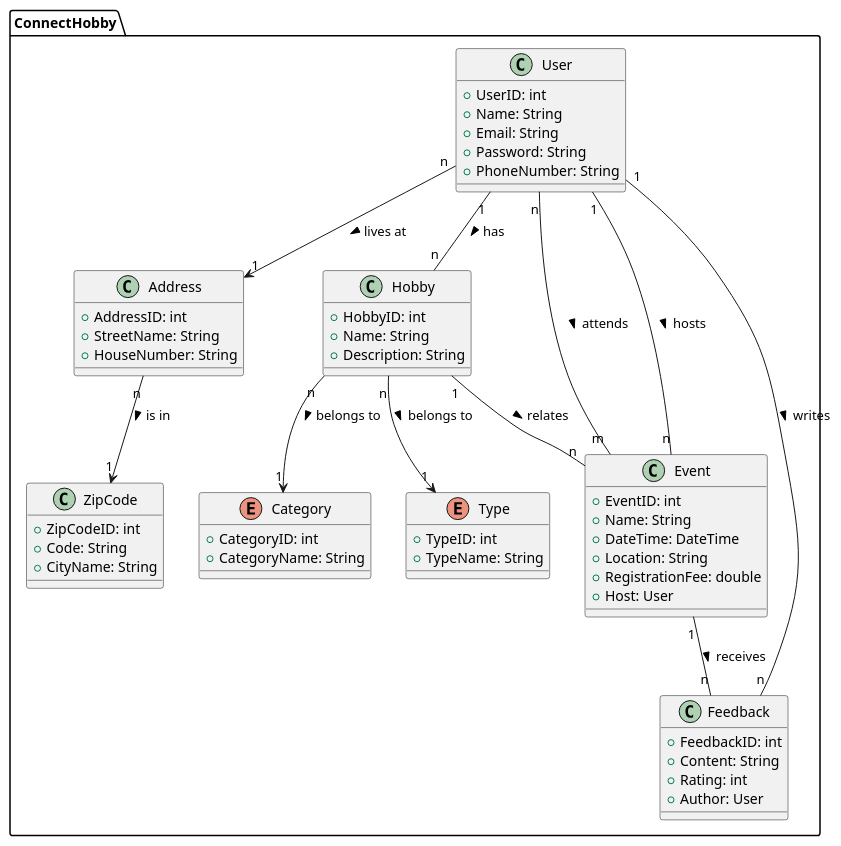
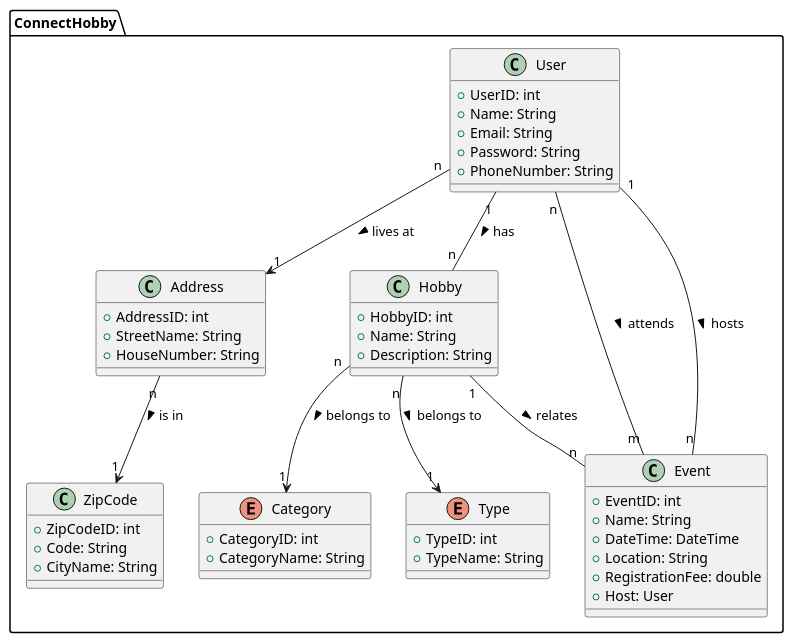
One commit to Peter537/Dat3-SP1 changed the diagram in DomainModel.puml. Above: the diagram before and after it, drawn with PlantUML. The commit also changed 2 other files, not shown here.

```diff
--- a/DomainModel.puml
+++ b/DomainModel.puml
@@ -1,66 +1,58 @@
 @startuml
 package ConnectHobby {
   class User {
      + UserID: int
      + Name: String
      + Email: String
      + Password: String
      + PhoneNumber: String
   }
 
   class Address {
      + AddressID: int
      + StreetName: String
      + HouseNumber: String
   }
 
   class ZipCode {
      + ZipCodeID: int
      + Code: String
      + CityName: String
   }
 
   class Hobby {
      + HobbyID: int
      + Name: String
      + Description: String
   }
 
   enum Category {
      + CategoryID: int
      + CategoryName: String
   }
 
   enum Type {
      + TypeID: int
      + TypeName: String
   }
 
   class Event {
      + EventID: int
      + Name: String
      + DateTime: DateTime
      + Location: String
      + RegistrationFee: double
      + Host: User
   }
 
-  class Feedback {
-     + FeedbackID: int
-     + Content: String
-     + Rating: int
-     + Author: User
-  }
 
   User "n" --> "1" Address : lives at >
   Address "n" --> "1" ZipCode : is in >
   User "1" -- "n" Hobby : has >
   Hobby "n" --> "1" Category : belongs to >
   Hobby "n" --> "1" Type : belongs to >
   User "n" -- "m" Event : attends >
   User "1" -- "n" Event : hosts >
   Hobby "1" -- "n" Event : relates >
-  Event "1" -- "n" Feedback : receives >
-  User "1" -- "n" Feedback : writes >
 }
 @enduml
```
